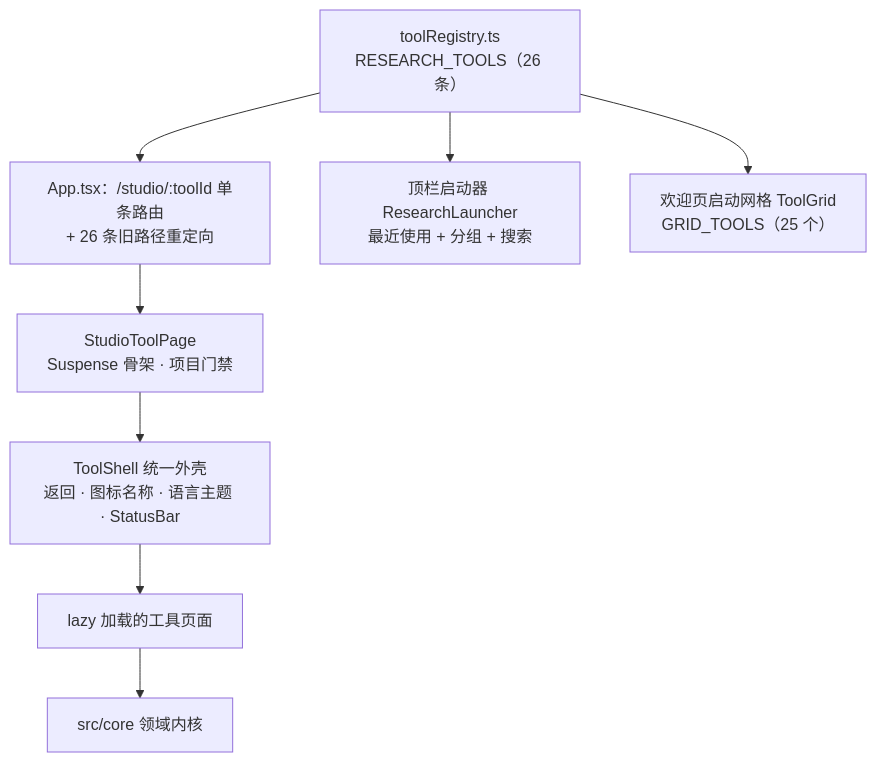
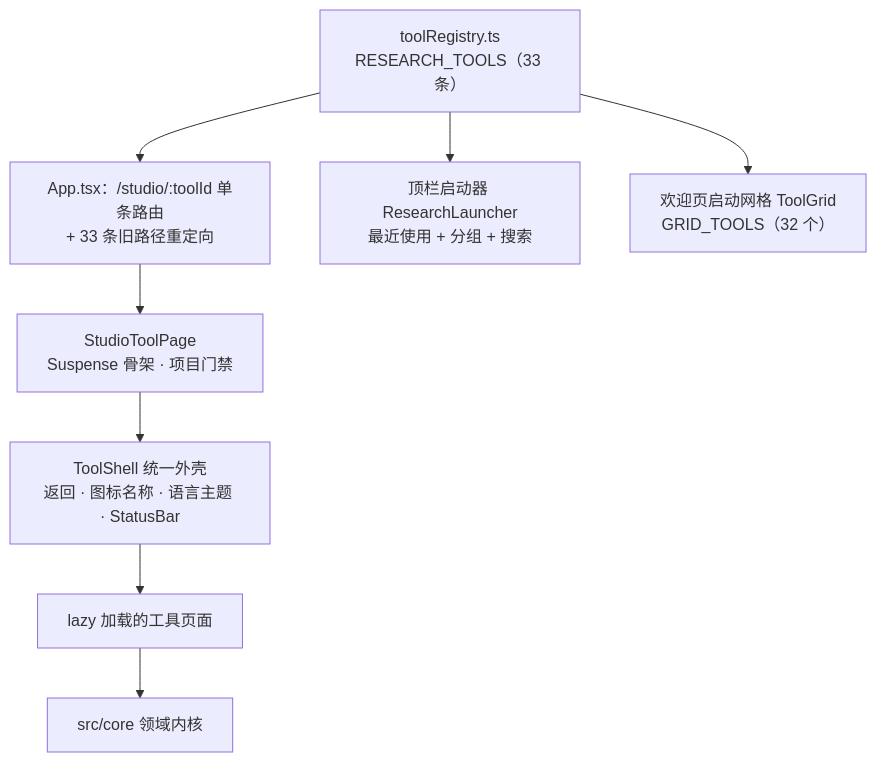
One commit to SnowLeopard-io/ErgalicsStudio changed the first of 2 diagrams in docs/technical/05-科研工具集.md. Above: the diagram before and after it, drawn with Mermaid. The commit also changed other lines of this file and 44 other files, not shown here.

````diff
--- a/docs/technical/05-科研工具集.md
+++ b/docs/technical/05-科研工具集.md
@@ -20,11 +20,11 @@
 ```mermaid
 flowchart TD
-    R["toolRegistry.ts<br/>RESEARCH_TOOLS（26 条）"]
-    R --> A["App.tsx：/studio/:toolId 单条路由<br/>+ 26 条旧路径重定向"]
+    R["toolRegistry.ts<br/>RESEARCH_TOOLS（33 条）"]
+    R --> A["App.tsx：/studio/:toolId 单条路由<br/>+ 33 条旧路径重定向"]
     R --> B["顶栏启动器 ResearchLauncher<br/>最近使用 + 分组 + 搜索"]
-    R --> C["欢迎页启动网格 ToolGrid<br/>GRID_TOOLS（25 个）"]
+    R --> C["欢迎页启动网格 ToolGrid<br/>GRID_TOOLS（32 个）"]
     A --> D["StudioToolPage<br/>Suspense 骨架 · 项目门禁"]
     D --> E["ToolShell 统一外壳<br/>返回 · 图标名称 · 语言主题 · StatusBar"]
     E --> F["lazy 加载的工具页面"]
     F --> G["src/core 领域内核"]
 ```
````
